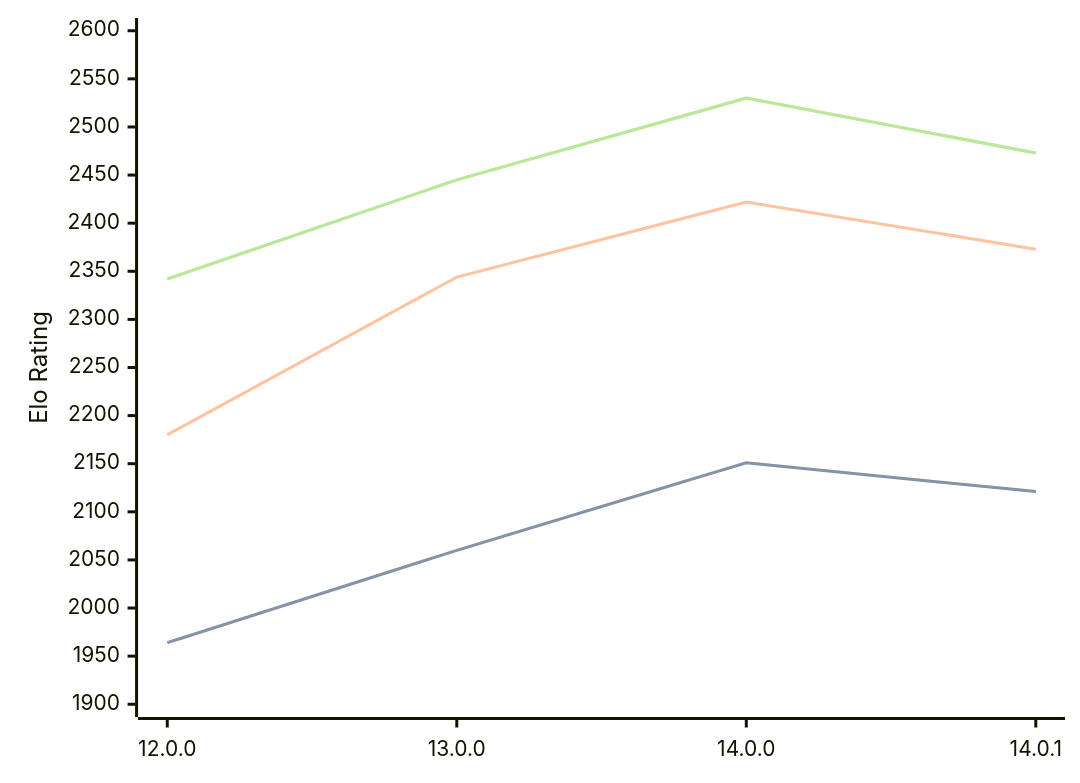
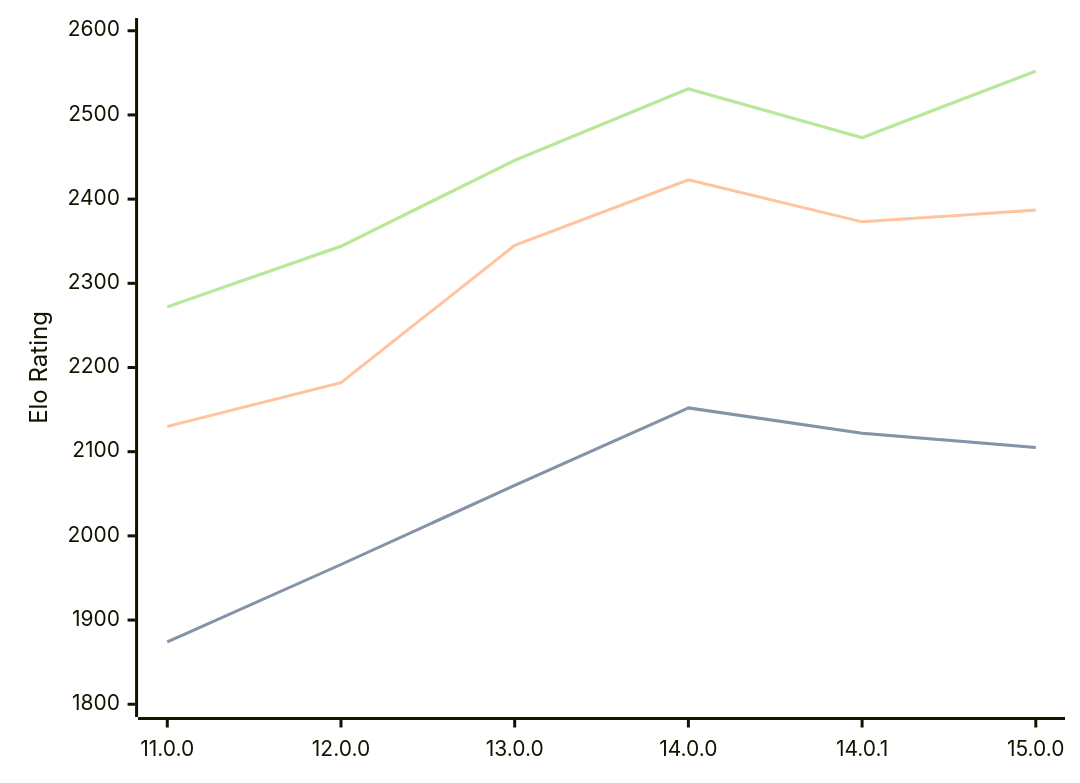
Before and after one commit to computer-chess-index/cci: the diagram in engines/Cepimetheus.md, drawn with Mermaid. The commit also changed other lines of this file, not shown here.

Commit message:
Update CCI Ratings (ELO VLTC) - 2026-08-15

````diff
--- a/engines/Cepimetheus.md
+++ b/engines/Cepimetheus.md
@@ -65,11 +66,11 @@
 ```mermaid
 %%{init: {"theme":"base","themeVariables":{"seriesColors:['#a3a3a3','#222221','#faa371']}}}%%
 xychart-beta
-  x-axis ["12.0.0", "13.0.0", "14.0.0", "14.0.1"]
-  y-axis "Elo Rating" 1900 --> 2600
-  line "STC (8.0+0.08s)" [1964, 2060, 2151, 2121]
-  line "STC (8.0+0.08s)" [1964, 2060, 2151, 2121]
-  line "LTC (60.0+0.60s)" [2180, 2344, 2422, 2373]
-  line "VLTC (2m24s+1.12s)" [2342, 2445, 2530, 2473]
-  line "VLTC (2m24s+1.12s)" [2342, 2445, 2530, 2473]
+  x-axis ["11.0.0", "12.0.0", "13.0.0", "14.0.0", "14.0.1", "15.0.0"]
+  y-axis "Elo Rating" 1800 --> 2600
+  line "STC (8.0+0.08s)" [1874, 1966, 2060, 2152, 2122, 2105]
+  line "STC (8.0+0.08s)" [1874, 1966, 2060, 2152, 2122, 2105]
+  line "LTC (60.0+0.60s)" [2130, 2182, 2345, 2423, 2373, 2387]
+  line "VLTC (2m24s+1.12s)" [2272, 2344, 2446, 2531, 2473, 2552]
+  line "VLTC (2m24s+1.12s)" [2272, 2344, 2446, 2531, 2473, 2552]
 ```
````
